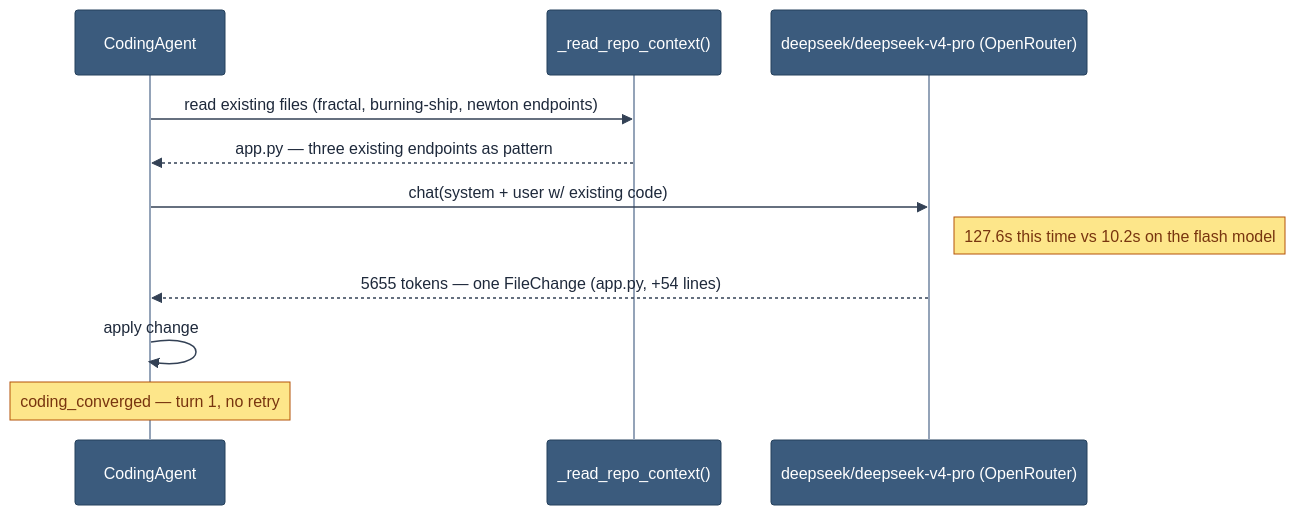
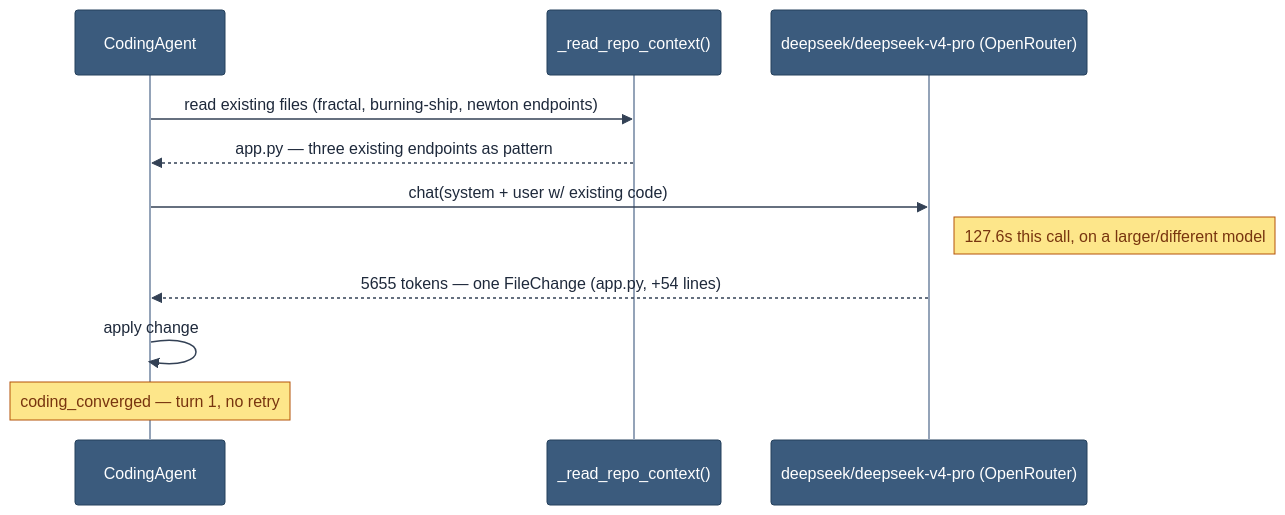
The fourth of 5 diagrams in docs/demo/tricorn-run-provider-switch.md (lorenzogirardi/agentic-sdlc), drawn with Mermaid before and after one commit. The commit also changed other lines of this file, not shown here.

````diff
--- a/docs/demo/tricorn-run-provider-switch.md
+++ b/docs/demo/tricorn-run-provider-switch.md
@@ -166,15 +147,15 @@
 ```mermaid
 %%{init: {'theme':'base', 'themeVariables': {'primaryColor':'#ff6b35','primaryBorderColor':'#c9451f','primaryTextColor':'#ffffff','actorBkg':'#3b5b7d','actorBorder':'#24405c','actorTextColor':'#ffffff','actorLineColor':'#94a3b8','signalColor':'#334155','signalTextColor':'#1e293b','labelBoxBkgColor':'#16a34a','labelBoxBorderColor':'#0f7a37','labelTextColor':'#ffffff','loopTextColor':'#334155','noteBkgColor':'#fde68a','noteBorderColor':'#b45309','noteTextColor':'#78350f','activationBorderColor':'#0f7a37','activationBkgColor':'#c8f0d8','sequenceNumberColor':'#ffffff'}}}%%
 sequenceDiagram
     participant CA as CodingAgent
     participant Repo as _read_repo_context()
     participant LLM as deepseek/deepseek-v4-pro (OpenRouter)
 
     CA->>Repo: read existing files (fractal, burning-ship, newton endpoints)
     Repo-->>CA: app.py — three existing endpoints as pattern
     CA->>LLM: chat(system + user w/ existing code)
-    Note right of LLM: 127.6s this time vs 10.2s on the flash model
+    Note right of LLM: 127.6s this call, on a larger/different model
     LLM-->>CA: 5655 tokens — one FileChange (app.py, +54 lines)
     CA->>CA: apply change
     Note over CA: coding_converged — turn 1, no retry
 ```
````
